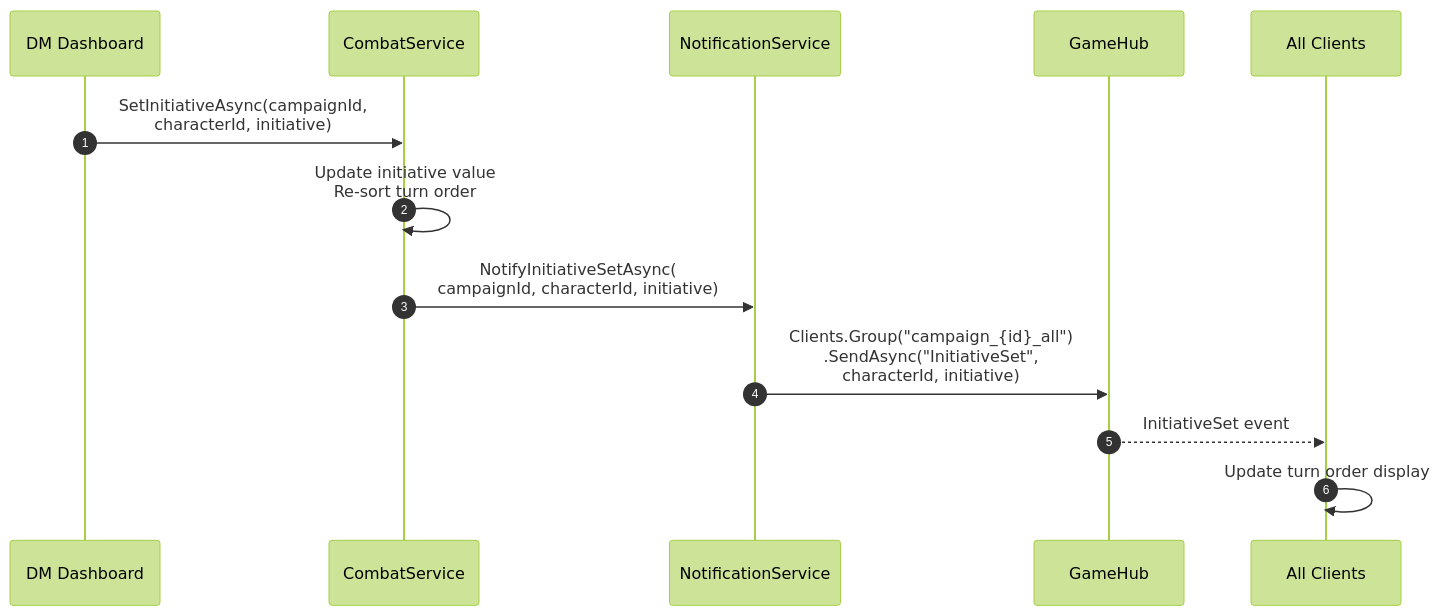
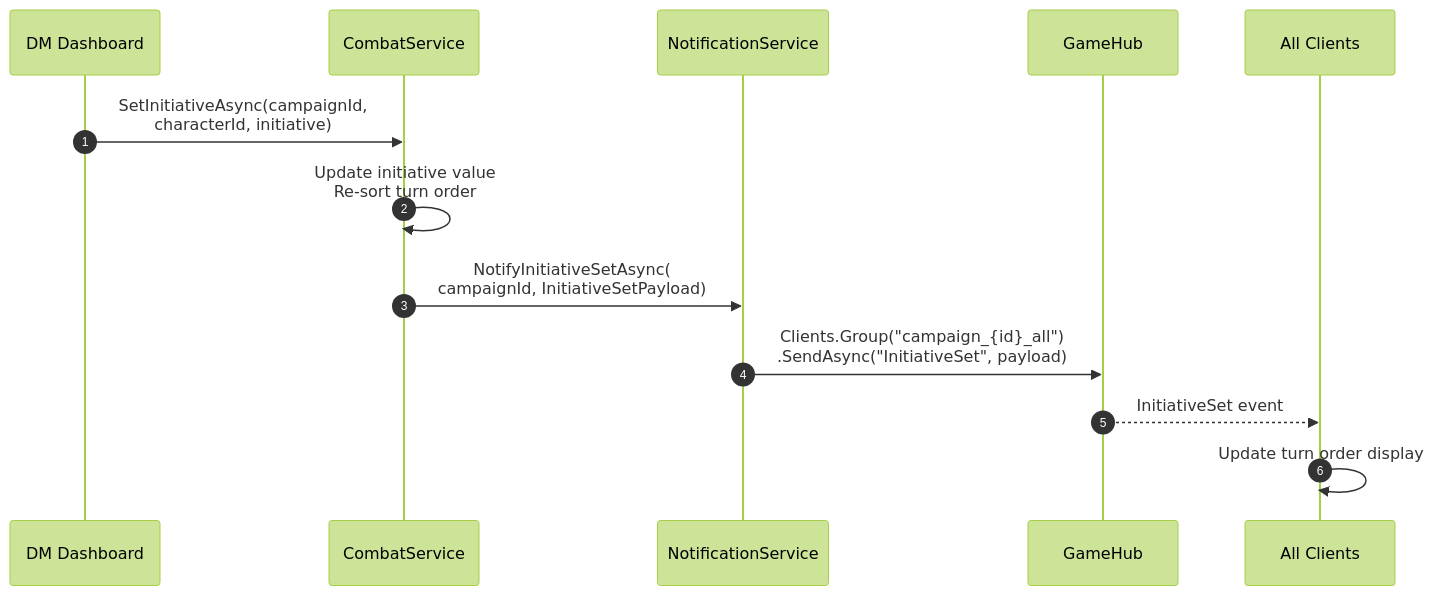
The seventh of 8 diagrams in docs/signalr/flows/combat-flow.md (peakflames/riddle), drawn with Mermaid (forest theme) before and after one commit. The commit also changed other lines of this file and 4 other files, not shown here.

````diff
--- a/docs/signalr/flows/combat-flow.md
+++ b/docs/signalr/flows/combat-flow.md
@@ -276,21 +368,21 @@
 ```mermaid
 sequenceDiagram
     autonumber
     participant DM as DM Dashboard
     participant Service as CombatService
     participant NS as NotificationService
     participant Hub as GameHub
     participant All as All Clients
 
     DM->>Service: SetInitiativeAsync(campaignId,<br/>characterId, initiative)
     
     Service->>Service: Update initiative value<br/>Re-sort turn order
     
-    Service->>NS: NotifyInitiativeSetAsync(<br/>campaignId, characterId, initiative)
+    Service->>NS: NotifyInitiativeSetAsync(<br/>campaignId, InitiativeSetPayload)
     
-    NS->>Hub: Clients.Group("campaign_{id}_all")<br/>.SendAsync("InitiativeSet",<br/>characterId, initiative)
+    NS->>Hub: Clients.Group("campaign_{id}_all")<br/>.SendAsync("InitiativeSet", payload)
     
     Hub-->>All: InitiativeSet event
     
     All->>All: Update turn order display
 ```
````
